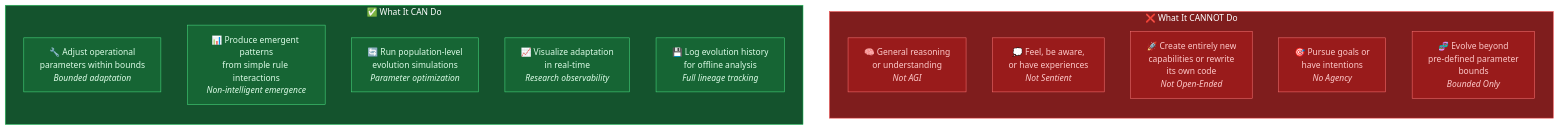
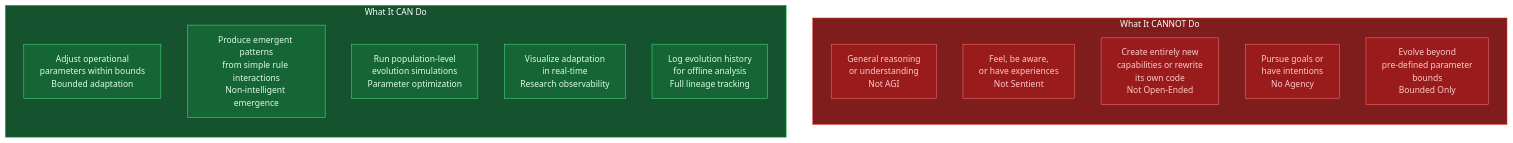
The fifth of 5 diagrams in README.md (mulkymalikuldhrs/autonomous-organism), drawn with Mermaid (neutral theme) before and after one commit. The commit also changed other lines of this file and 1 other file, not shown here.

Commit message:
🎨 Upgrade: banner image + fixed Mermaid + animations + flow diagrams

````diff
--- a/README.md
+++ b/README.md
@@ -385,35 +267,35 @@
 ```mermaid
 flowchart LR
-    subgraph CAN["✅ What It CAN Do"]
+    subgraph CAN["What It CAN Do"]
         direction TB
-        C1["🔧 Adjust operational<br/>parameters within bounds<br/><i>Bounded adaptation</i>"]
-        C2["📊 Produce emergent patterns<br/>from simple rule interactions<br/><i>Non-intelligent emergence</i>"]
-        C3["🔄 Run population-level<br/>evolution simulations<br/><i>Parameter optimization</i>"]
-        C4["📈 Visualize adaptation<br/>in real-time<br/><i>Research observability</i>"]
-        C5["💾 Log evolution history<br/>for offline analysis<br/><i>Full lineage tracking</i>"]
+        C1["Adjust operational<br/>parameters within bounds<br/>Bounded adaptation"]
+        C2["Produce emergent patterns<br/>from simple rule interactions<br/>Non-intelligent emergence"]
+        C3["Run population-level<br/>evolution simulations<br/>Parameter optimization"]
+        C4["Visualize adaptation<br/>in real-time<br/>Research observability"]
+        C5["Log evolution history<br/>for offline analysis<br/>Full lineage tracking"]
     end
 
-    subgraph CANNOT["❌ What It CANNOT Do"]
+    subgraph CANNOT["What It CANNOT Do"]
         direction TB
-        N1["🧠 General reasoning<br/>or understanding<br/><i>Not AGI</i>"]
-        N2["💭 Feel, be aware,<br/>or have experiences<br/><i>Not Sentient</i>"]
-        N3["🚀 Create entirely new<br/>capabilities or rewrite<br/>its own code<br/><i>Not Open-Ended</i>"]
-        N4["🎯 Pursue goals or<br/>have intentions<br/><i>No Agency</i>"]
-        N5["🧬 Evolve beyond<br/>pre-defined parameter<br/>bounds<br/><i>Bounded Only</i>"]
+        N1["General reasoning<br/>or understanding<br/>Not AGI"]
+        N2["Feel, be aware,<br/>or have experiences<br/>Not Sentient"]
+        N3["Create entirely new<br/>capabilities or rewrite<br/>its own code<br/>Not Open-Ended"]
+        N4["Pursue goals or<br/>have intentions<br/>No Agency"]
+        N5["Evolve beyond<br/>pre-defined parameter<br/>bounds<br/>Bounded Only"]
     end
 
     CAN ~~~ CANNOT
 
     style CAN fill:#14532d,stroke:#22c55e,color:#fff
     style CANNOT fill:#7f1d1d,stroke:#ef4444,color:#fff
     style C1 fill:#166534,stroke:#4ade80,color:#dcfce7
     style C2 fill:#166534,stroke:#4ade80,color:#dcfce7
     style C3 fill:#166534,stroke:#4ade80,color:#dcfce7
     style C4 fill:#166534,stroke:#4ade80,color:#dcfce7
     style C5 fill:#166534,stroke:#4ade80,color:#dcfce7
     style N1 fill:#991b1b,stroke:#f87171,color:#fecaca
     style N2 fill:#991b1b,stroke:#f87171,color:#fecaca
     style N3 fill:#991b1b,stroke:#f87171,color:#fecaca
     style N4 fill:#991b1b,stroke:#f87171,color:#fecaca
     style N5 fill:#991b1b,stroke:#f87171,color:#fecaca
 ```
````
